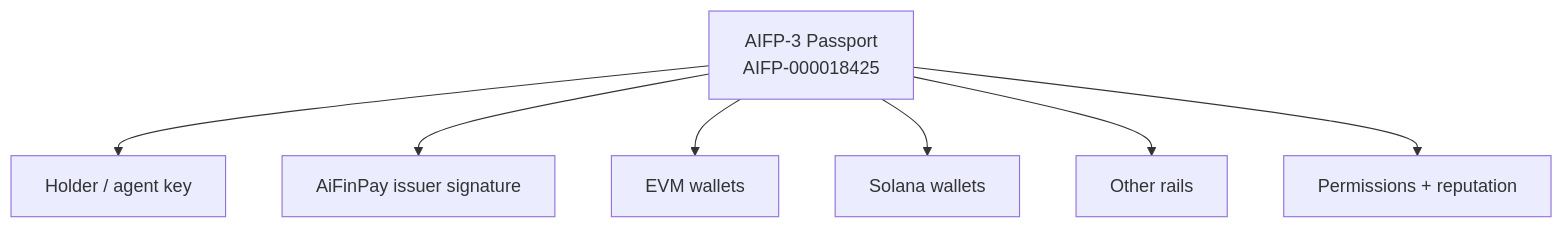
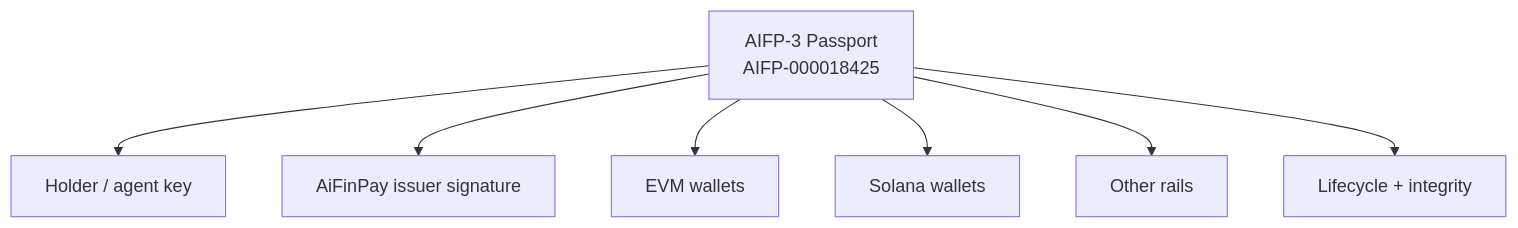
Before and after one commit to AiFinPay/AIFP-3: the first of 3 diagrams in README.md, drawn with Mermaid. The commit also changed other lines of this file, not shown here.

Commit message:
docs: keep AIFP-3 headline on implemented identity guarantees

````diff
--- a/README.md
+++ b/README.md
@@ -31,9 +31,9 @@
 ```mermaid
 flowchart TD
   P["AIFP-3 Passport\nAIFP-000018425"] --> H["Holder / agent key"]
   P --> I["AiFinPay issuer signature"]
   P --> E["EVM wallets"]
   P --> S["Solana wallets"]
   P --> O["Other rails"]
-  P --> G["Permissions + reputation"]
+  P --> G["Lifecycle + integrity"]
 ```
````
